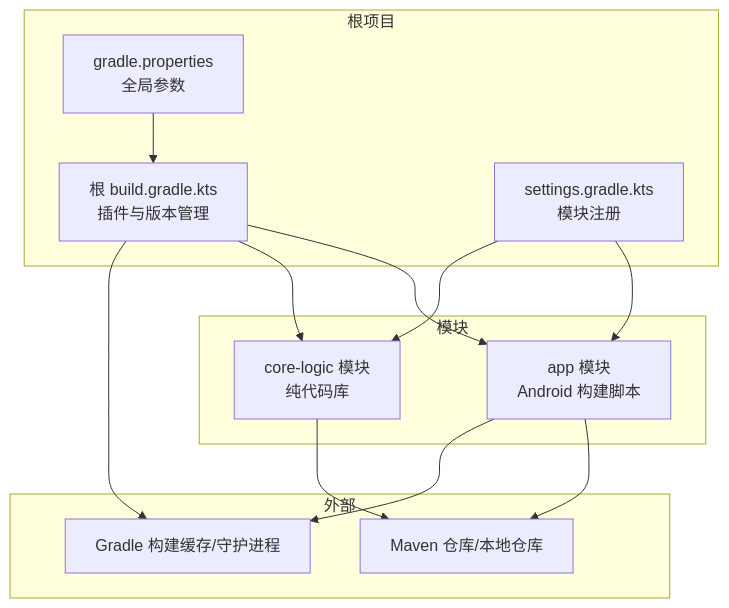
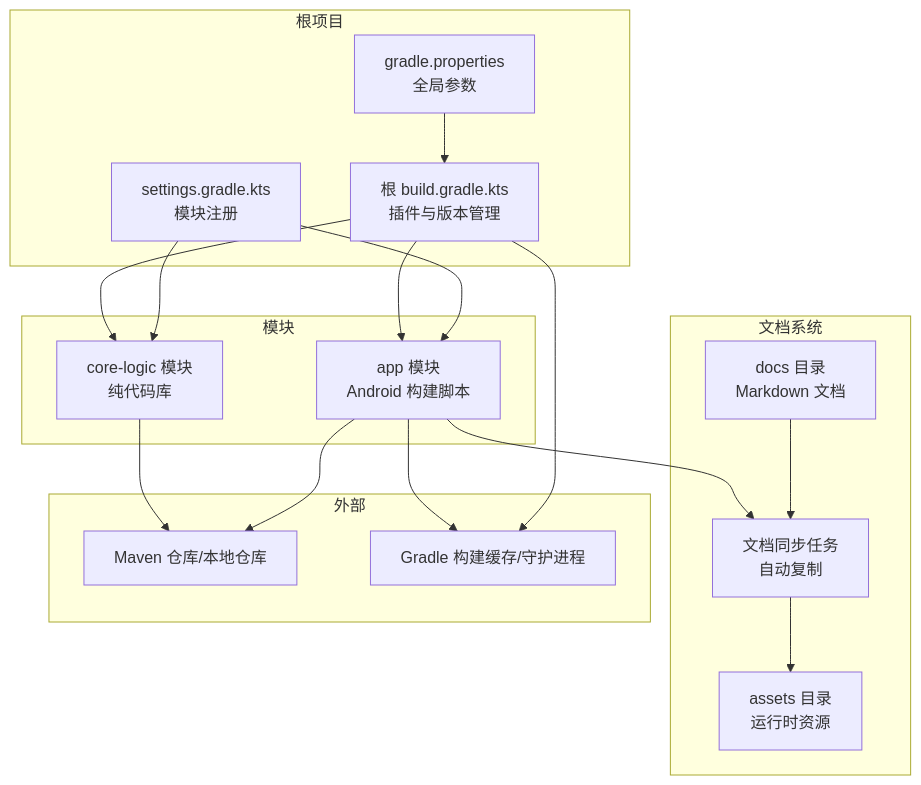
One commit to qiaodashaoye/ziyou-ime changed the second of 4 diagrams in .qoder/repowiki/zh/content/部署与构建/Gradle 构建配置.md. Above: the diagram before and after it, drawn with Mermaid. The commit also changed other lines of this file and 11 other files, not shown here.

````diff
--- a/.qoder/repowiki/zh/content/部署与构建/Gradle 构建配置.md
+++ b/.qoder/repowiki/zh/content/部署与构建/Gradle 构建配置.md
@@ -76,25 +90,33 @@
 ```mermaid
 graph TB
 subgraph "根项目"
 R_build["根 build.gradle.kts<br/>插件与版本管理"]
 R_settings["settings.gradle.kts<br/>模块注册"]
 R_props["gradle.properties<br/>全局参数"]
 end
 subgraph "模块"
 A_app["app 模块<br/>Android 构建脚本"]
 B_core["core-logic 模块<br/>纯代码库"]
+end
+subgraph "文档系统"
+D_docs["docs 目录<br/>Markdown 文档"]
+D_sync["文档同步任务<br/>自动复制"]
+D_assets["assets 目录<br/>运行时资源"]
 end
 subgraph "外部"
 E_repo["Maven 仓库/本地仓库"]
 E_gradle["Gradle 构建缓存/守护进程"]
 end
 R_settings --> A_app
 R_settings --> B_core
 R_build --> A_app
 R_build --> B_core
 R_props --> R_build
 A_app --> E_repo
 B_core --> E_repo
 R_build --> E_gradle
 A_app --> E_gradle
+D_docs --> D_sync
+D_sync --> D_assets
+A_app --> D_sync
 ```
````
